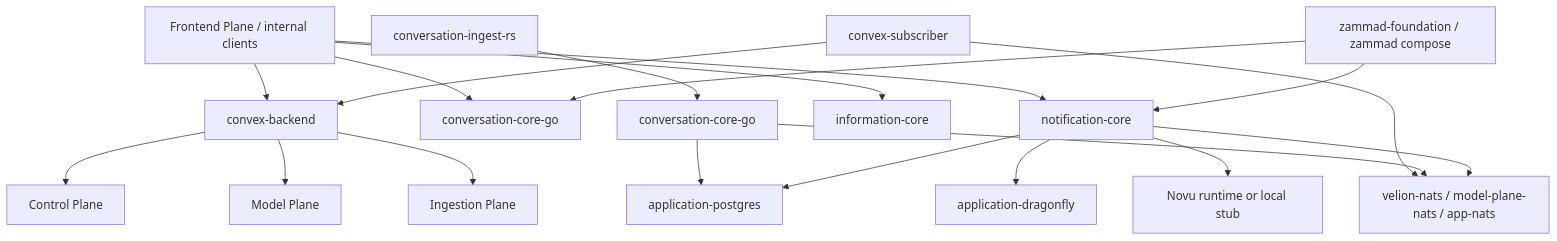
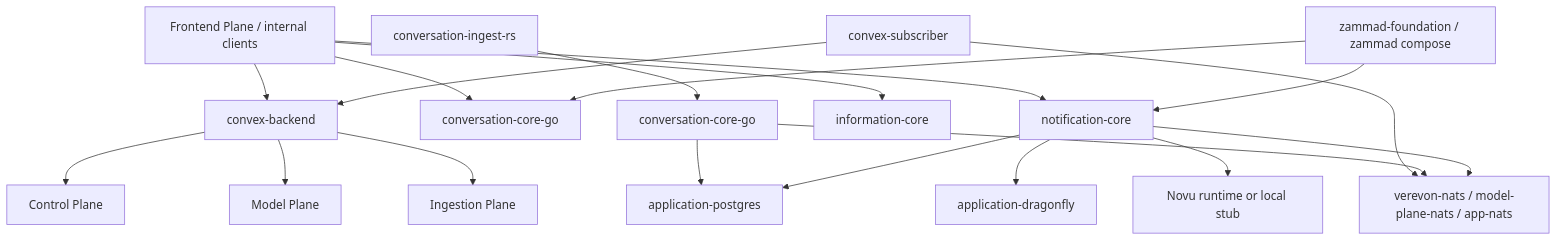
One commit to nisjety/CoreSystems changed the diagram in apps/Application Plane/APPLICATION_PLANE_DEEP_DIVE.md. Above: the diagram before and after it, drawn with Mermaid. The commit also changed other lines of this file and 2447 other files, not shown here.

First line of the commit message:
refactor: rename Velion to Verevon across the monorepo

````diff
--- a/apps/Application Plane/APPLICATION_PLANE_DEEP_DIVE.md
+++ b/apps/Application Plane/APPLICATION_PLANE_DEEP_DIVE.md
@@ -90,26 +90,26 @@
 ```mermaid
 flowchart TD
     FE["Frontend Plane / internal clients"] --> CX["convex-backend"]
     FE --> CC["conversation-core-go"]
     FE --> NC["notification-core"]
     FE --> IC["information-core"]
 
-    CS["convex-subscriber"] --> NATS1["velion-nats / model-plane-nats / app-nats"]
+    CS["convex-subscriber"] --> NATS1["verevon-nats / model-plane-nats / app-nats"]
     CS --> CX
 
     CX --> CP["Control Plane"]
     CX --> MP["Model Plane"]
     CX --> IP["Ingestion Plane"]
 
     CIR["conversation-ingest-rs"] --> CCG["conversation-core-go"]
     CCG --> PG["application-postgres"]
     CCG --> NATS1
 
     NC --> PG
     NC --> Dragonfly["application-dragonfly"]
     NC --> Novu["Novu runtime or local stub"]
     NC --> NATS1
 
     ZF["zammad-foundation / zammad compose"] --> CC
     ZF --> NC
 ```
````
